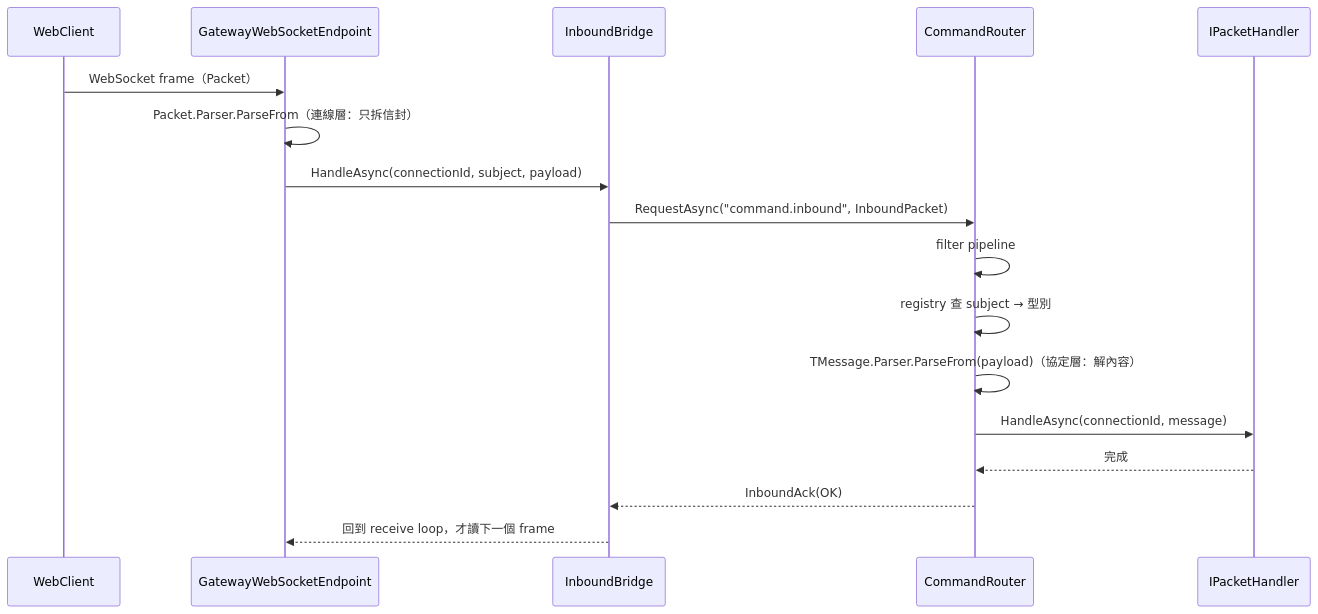
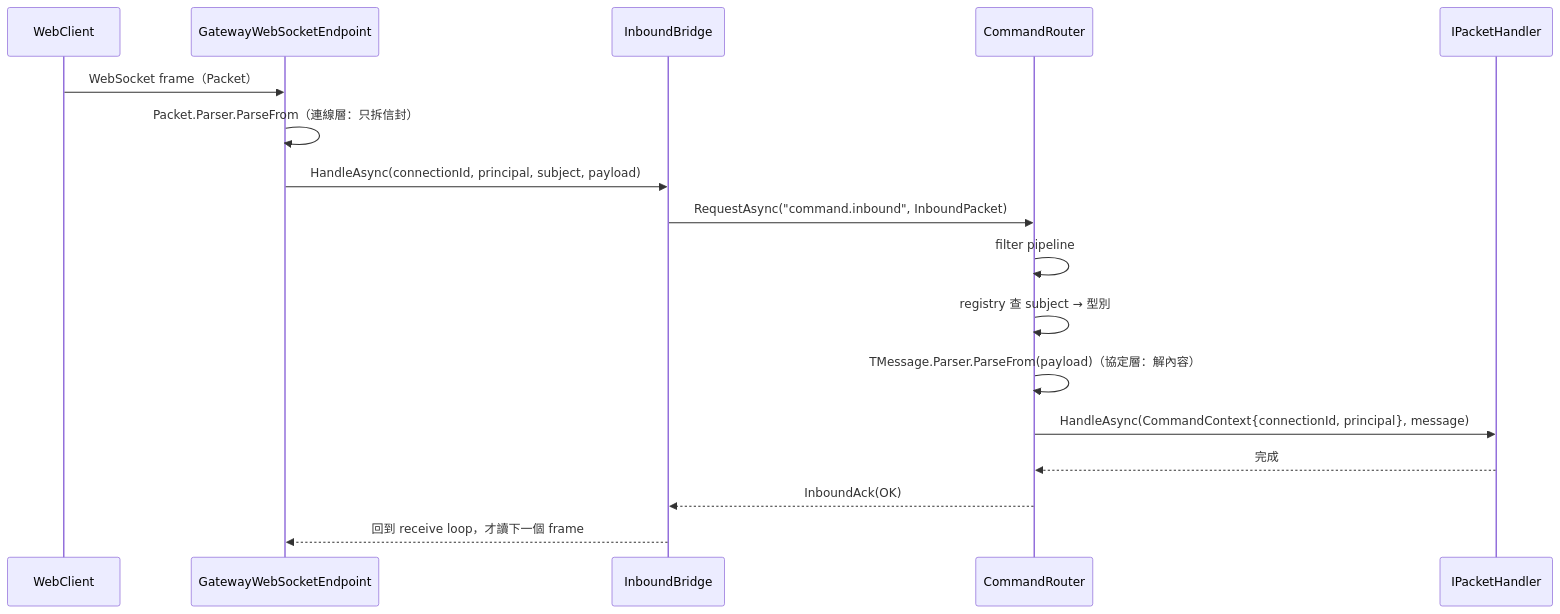
One commit to yggdrasill-dev/ChatSystem changed the second of 4 diagrams in docs/architecture/protocol-layer.md. Above: the diagram before and after it, drawn with Mermaid. The commit also changed other lines of this file and 4 other files, not shown here.

````diff
--- a/docs/architecture/protocol-layer.md
+++ b/docs/architecture/protocol-layer.md
@@ -92,20 +95,20 @@
 ```mermaid
 sequenceDiagram
     participant WC as WebClient
     participant WS as GatewayWebSocketEndpoint
     participant IB as InboundBridge
     participant RT as CommandRouter
     participant H as IPacketHandler
 
     WC->>WS: WebSocket frame（Packet）
     WS->>WS: Packet.Parser.ParseFrom（連線層：只拆信封）
-    WS->>IB: HandleAsync(connectionId, subject, payload)
+    WS->>IB: HandleAsync(connectionId, principal, subject, payload)
     IB->>RT: RequestAsync("command.inbound", InboundPacket)
     RT->>RT: filter pipeline
     RT->>RT: registry 查 subject → 型別
     RT->>RT: TMessage.Parser.ParseFrom(payload)（協定層：解內容）
-    RT->>H: HandleAsync(connectionId, message)
+    RT->>H: HandleAsync(CommandContext{connectionId, principal}, message)
     H-->>RT: 完成
     RT-->>IB: InboundAck(OK)
     IB-->>WS: 回到 receive loop，才讀下一個 frame
 ```
````
